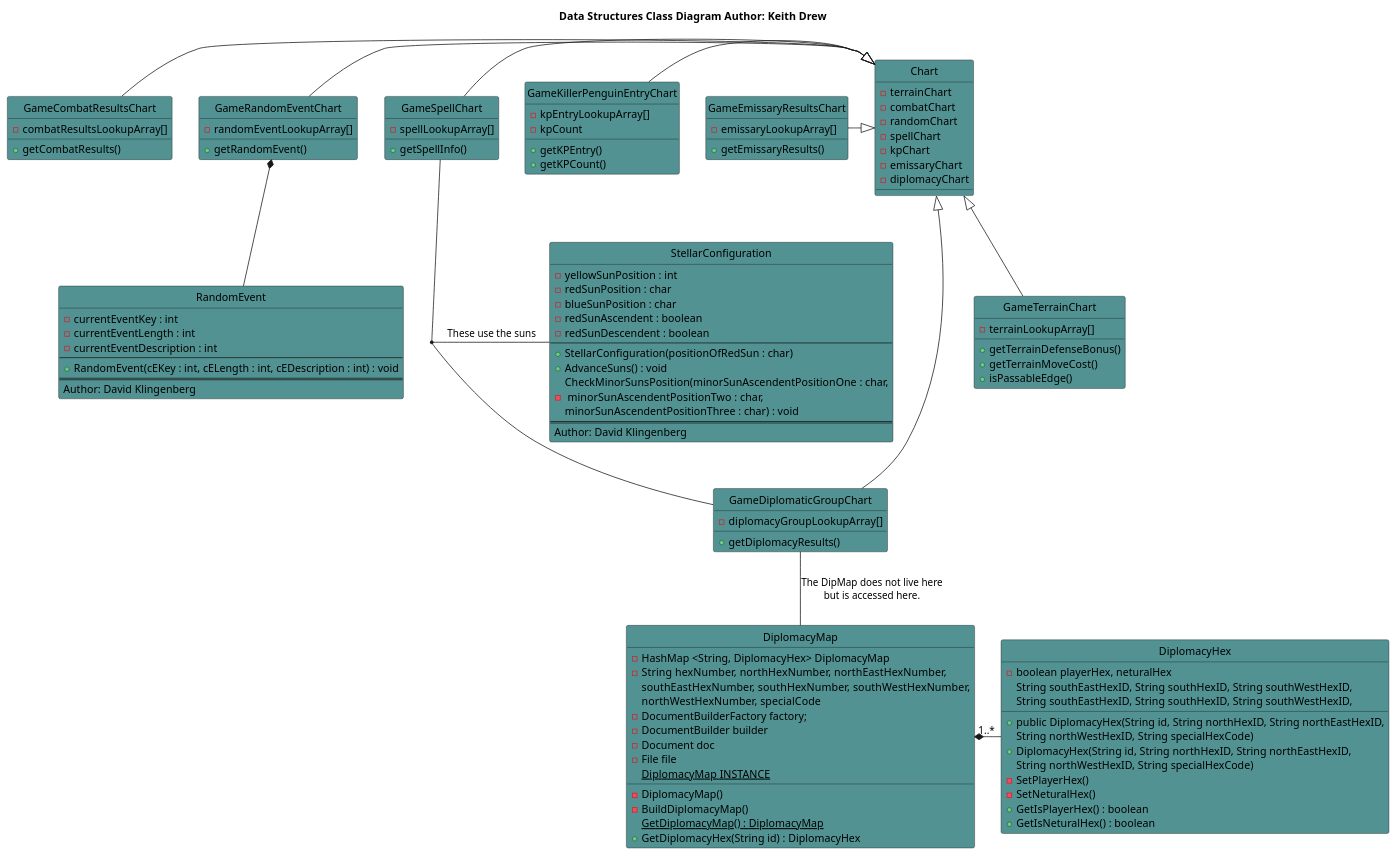
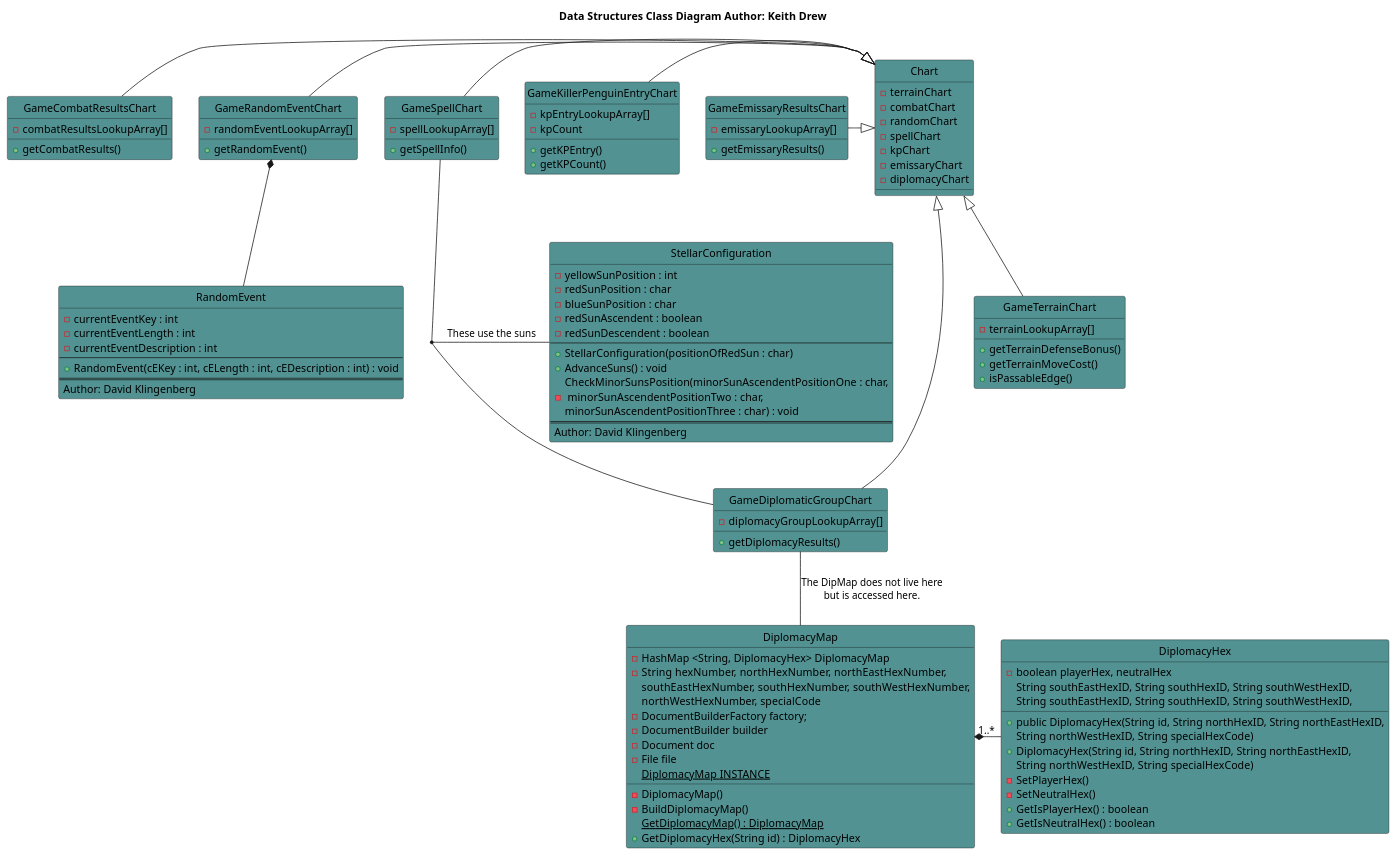
Before and after one commit to cjeffery/sworsorc: the diagram in doc/masterClassDiagrams/dataDiagram.pu, drawn with PlantUML. The commit also changed 9 other files, not shown here.

Commit message:
netural -> neutral

```diff
--- a/doc/masterClassDiagrams/dataDiagram.pu
+++ b/doc/masterClassDiagrams/dataDiagram.pu
@@ -1,123 +1,123 @@
 @startuml
 hide circle
 title <b>Data Structures Class Diagram<b> Author: Keith Drew
 
 GameTerrainChart -up-|> Chart 
 GameCombatResultsChart -|> Chart 
 GameRandomEventChart -|> Chart 
 GameSpellChart -|> Chart 
 GameKillerPenguinEntryChart -|> Chart 
 GameEmissaryResultsChart -|> Chart 
 GameDiplomaticGroupChart -up-|> Chart 
 DiplomacyMap -up- GameDiplomaticGroupChart : The DipMap does not live here\nbut is accessed here.
 DiplomacyMap *-right- "1..*" DiplomacyHex 
 GameRandomEventChart  *-- RandomEvent
 
 GameSpellChart -- GameDiplomaticGroupChart
 (GameSpellChart, GameDiplomaticGroupChart) -- StellarConfiguration : These use the suns
 
 class Chart #529292 {
 -terrainChart
 -combatChart
 -randomChart
 -spellChart
 -kpChart
 -emissaryChart
 -diplomacyChart
 }
 
 class GameTerrainChart #529292 {
 -terrainLookupArray[]
 +getTerrainDefenseBonus()
 +getTerrainMoveCost()
 +isPassableEdge()
 }
 
 class GameCombatResultsChart #529292 {
 -combatResultsLookupArray[]
 +getCombatResults()
 }
 
 class GameRandomEventChart #529292 {
 -randomEventLookupArray[]
 +getRandomEvent()
 }
 
 class GameSpellChart #529292 {
 -spellLookupArray[]
 +getSpellInfo()
 }
 
 class GameKillerPenguinEntryChart #529292 {
 -kpEntryLookupArray[]
 -kpCount
 +getKPEntry()
 +getKPCount()
 }
 
 class GameEmissaryResultsChart #529292 {
 -emissaryLookupArray[]
 +getEmissaryResults()
 }
 
 class GameDiplomaticGroupChart #529292 {
 -diplomacyGroupLookupArray[]
 +getDiplomacyResults()
 }
 
 class DiplomacyMap #529292 {
 -HashMap <String, DiplomacyHex> DiplomacyMap
 -String hexNumber, northHexNumber, northEastHexNumber, 
             southEastHexNumber, southHexNumber, southWestHexNumber,
             northWestHexNumber, specialCode
  -DocumentBuilderFactory factory;
  -DocumentBuilder builder
 -Document doc
 -File file
 {static}DiplomacyMap INSTANCE
 -DiplomacyMap()
 -BuildDiplomacyMap()
 {static}GetDiplomacyMap() : DiplomacyMap
 +GetDiplomacyHex(String id) : DiplomacyHex 
 }
 
 class DiplomacyHex #529292 {
--boolean playerHex, neturalHex
+-boolean playerHex, neutralHex
 +public DiplomacyHex(String id, String northHexID, String northEastHexID, 
                             String southEastHexID, String southHexID, String southWestHexID, 
                             String northWestHexID, String specialHexCode)
 +DiplomacyHex(String id, String northHexID, String northEastHexID, 
                             String southEastHexID, String southHexID, String southWestHexID, 
                             String northWestHexID, String specialHexCode)
 -SetPlayerHex()
--SetNeturalHex()
+-SetNeutralHex()
 +GetIsPlayerHex() : boolean 
-+GetIsNeturalHex() : boolean 
++GetIsNeutralHex() : boolean 
 }
 
 class RandomEvent #529292 {
 	-currentEventKey : int
 	-currentEventLength : int
 	-currentEventDescription : int
 	--
 	+RandomEvent(cEKey : int, cELength : int, cEDescription : int) : void
 	==
 	Author: David Klingenberg
 }
 
 class StellarConfiguration #529292 {
 	-yellowSunPosition : int
 	-redSunPosition : char
 	-blueSunPosition : char
 	-redSunAscendent : boolean
 	-redSunDescendent : boolean
 	--
 	+StellarConfiguration(positionOfRedSun : char)
 	+AdvanceSuns() : void
 	-CheckMinorSunsPosition(minorSunAscendentPositionOne : char,\n minorSunAscendentPositionTwo : char,\nminorSunAscendentPositionThree : char) : void
 	==
 	Author: David Klingenberg
 }
 
 
 @enduml
```
